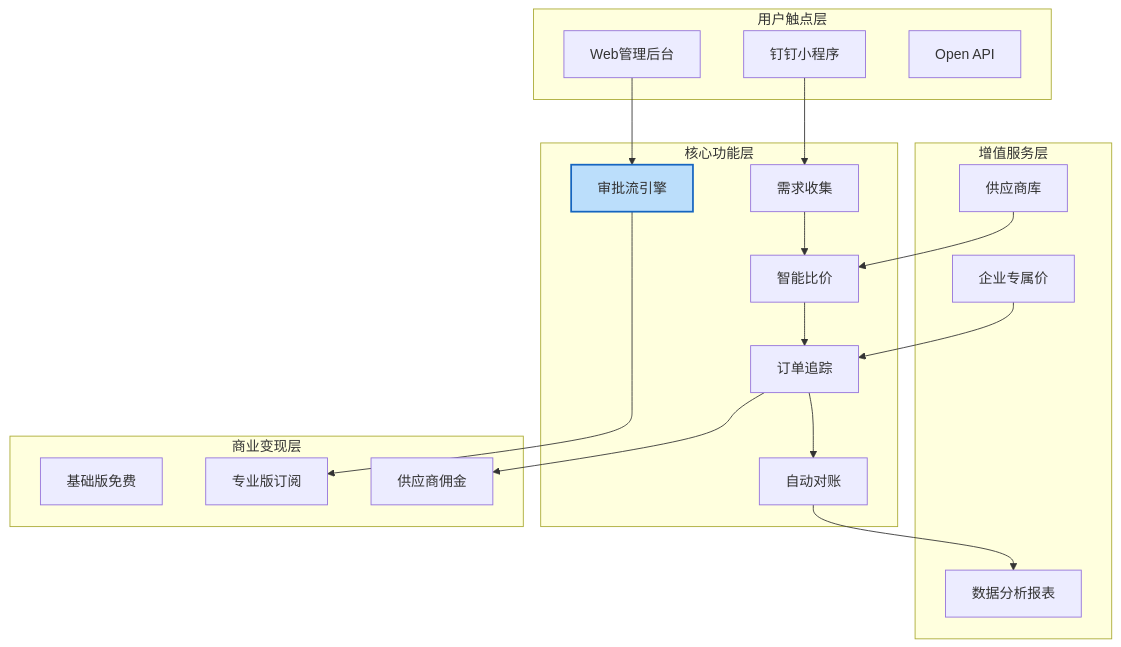
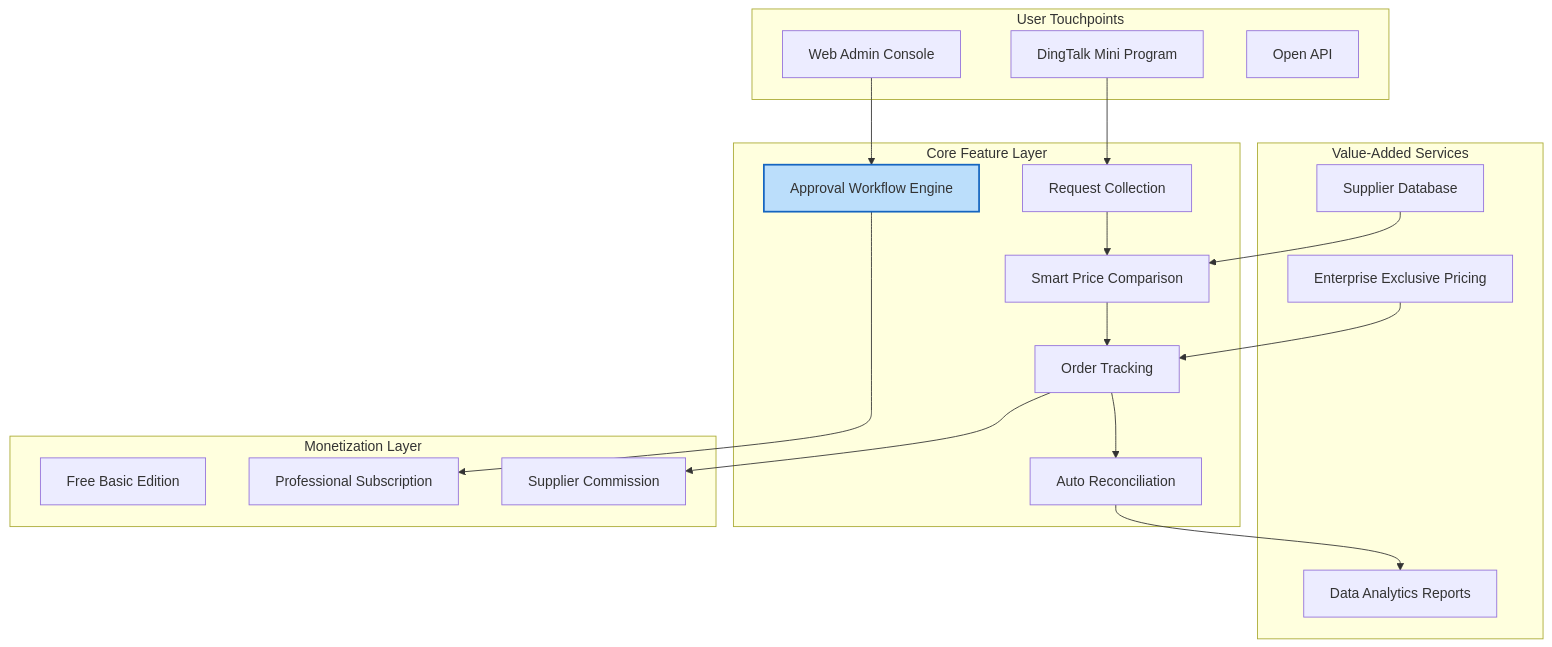
The ninth of 18 diagrams in templates/产品/战略层/【模板】市场需求文档.md (Kirky-X/cangjie), drawn with Mermaid before and after one commit. The commit also changed other lines of this file and 46 other files, not shown here.

````diff
--- a/templates/产品/战略层/【模板】市场需求文档.md
+++ b/templates/产品/战略层/【模板】市场需求文档.md
@@ -405,39 +405,39 @@
 ```mermaid
 graph TB
-    subgraph 用户触点层
-        A1[钉钉小程序]
-        A2[Web管理后台]
+    subgraph User Touchpoints
+        A1[DingTalk Mini Program]
+        A2[Web Admin Console]
         A3[Open API]
     end
 
-    subgraph 核心功能层
-        B1[需求收集]
-        B2[智能比价]
-        B3[审批流引擎]
-        B4[订单追踪]
-        B5[自动对账]
+    subgraph Core Feature Layer
+        B1[Request Collection]
+        B2[Smart Price Comparison]
+        B3[Approval Workflow Engine]
+        B4[Order Tracking]
+        B5[Auto Reconciliation]
     end
 
-    subgraph 增值服务层
-        C1[供应商库]
-        C2[企业专属价]
-        C3[数据分析报表]
+    subgraph Value-Added Services
+        C1[Supplier Database]
+        C2[Enterprise Exclusive Pricing]
+        C3[Data Analytics Reports]
     end
 
-    subgraph 商业变现层
-        D1[基础版免费]
-        D2[专业版订阅]
-        D3[供应商佣金]
+    subgraph Monetization Layer
+        D1[Free Basic Edition]
+        D2[Professional Subscription]
+        D3[Supplier Commission]
     end
 
     A1 --> B1
     A2 --> B3
     B1 --> B2 --> B4 --> B5
     B5 --> C3
     C1 --> B2
     C2 --> B4
     B3 --> D2
     B4 --> D3
 
     style B3 fill:#bbdefb,stroke:#1565c0,stroke-width:2px
 ```
````
